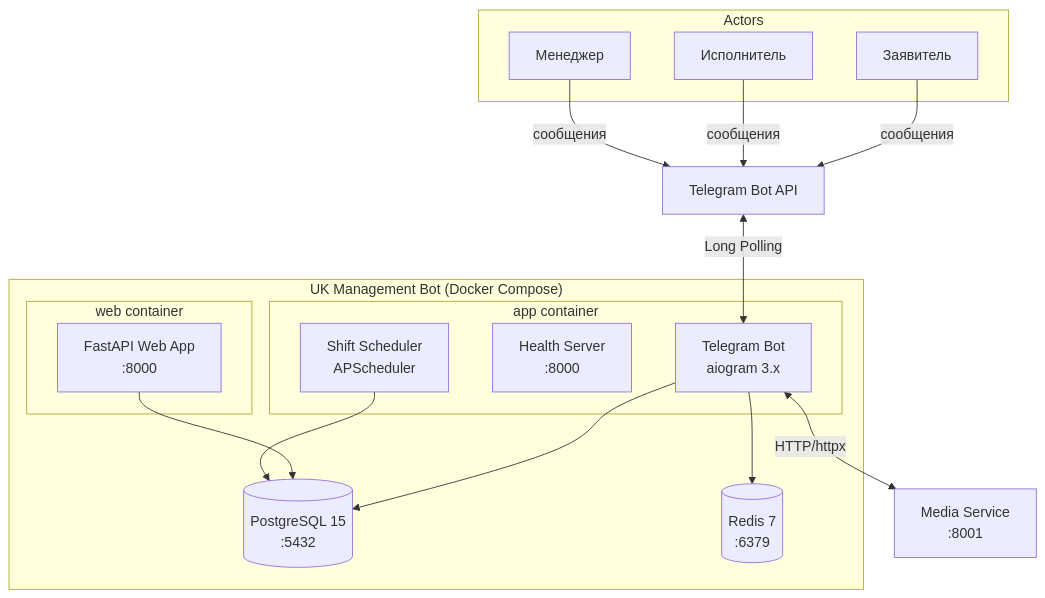
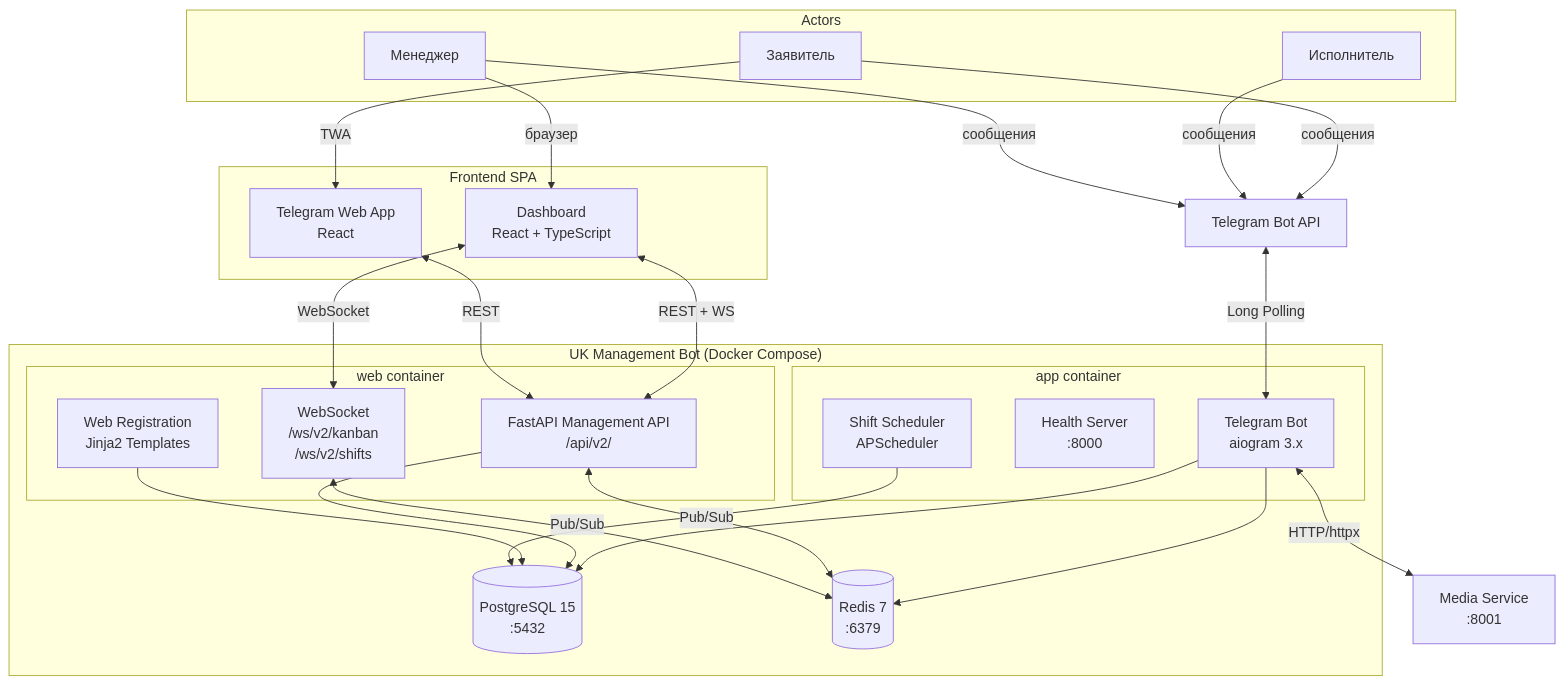
Before and after one commit to a-afanasyev/Infrasafe_bot: the first of 3 diagrams in audit/01_architecture_overview.md, drawn with Mermaid. The commit also changed other lines of this file and 19 other files, not shown here.

````diff
--- a/audit/01_architecture_overview.md
+++ b/audit/01_architecture_overview.md
@@ -24,34 +43,49 @@
 ```mermaid
 graph TB
     subgraph Actors
         AP[Заявитель]
         EX[Исполнитель]
         MG[Менеджер]
     end
 
     subgraph "UK Management Bot (Docker Compose)"
         subgraph "app container"
             BOT[Telegram Bot\naiogram 3.x]
             HEALTH[Health Server\n:8000]
             SCHED[Shift Scheduler\nAPScheduler]
         end
         subgraph "web container"
-            WEB[FastAPI Web App\n:8000]
+            API[FastAPI Management API\n/api/v2/]
+            WS[WebSocket\n/ws/v2/kanban\n/ws/v2/shifts]
+            WEB[Web Registration\nJinja2 Templates]
         end
         PG[(PostgreSQL 15\n:5432)]
         RD[(Redis 7\n:6379)]
+    end
+
+    subgraph "Frontend SPA"
+        DASH[Dashboard\nReact + TypeScript]
+        TWA[Telegram Web App\nReact]
     end
 
     TG[Telegram Bot API]
     MEDIA[Media Service\n:8001]
 
     AP -->|сообщения| TG
     EX -->|сообщения| TG
     MG -->|сообщения| TG
     TG <-->|Long Polling| BOT
     BOT --> PG
     BOT --> RD
     BOT <-->|HTTP/httpx| MEDIA
+    API --> PG
+    API <-->|Pub/Sub| RD
+    WS <-->|Pub/Sub| RD
     WEB --> PG
     SCHED --> PG
+    DASH <-->|REST + WS| API
+    DASH <-->|WebSocket| WS
+    TWA <-->|REST| API
+    MG -->|браузер| DASH
+    AP -->|TWA| TWA
 ```
````
